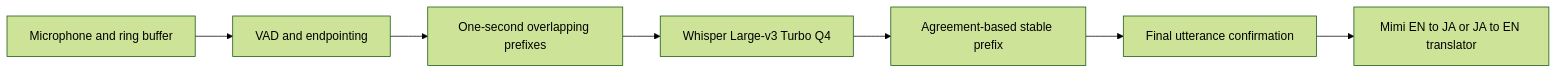
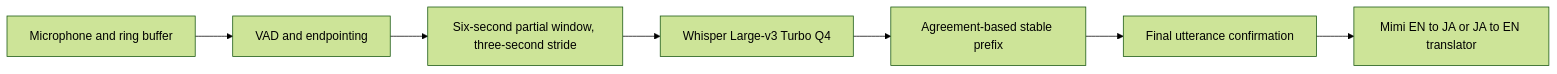
The diagram in Research/speech/local-realtime-stt-review-2026-07-26.md (Parassharmaa/mimi), drawn with Mermaid (forest theme) before and after one commit. The commit also changed other lines of this file and 5 other files, not shown here.

````diff
--- a/Research/speech/local-realtime-stt-review-2026-07-26.md
+++ b/Research/speech/local-realtime-stt-review-2026-07-26.md
@@ -26,9 +30,9 @@
 ```mermaid
 flowchart LR
     A["Microphone and ring buffer"] --> B["VAD and endpointing"]
-    B --> C["One-second overlapping prefixes"]
+    B --> C["Six-second partial window, three-second stride"]
     C --> D["Whisper Large-v3 Turbo Q4"]
     D --> E["Agreement-based stable prefix"]
     E --> F["Final utterance confirmation"]
     F --> G["Mimi EN to JA or JA to EN translator"]
 ```
````
